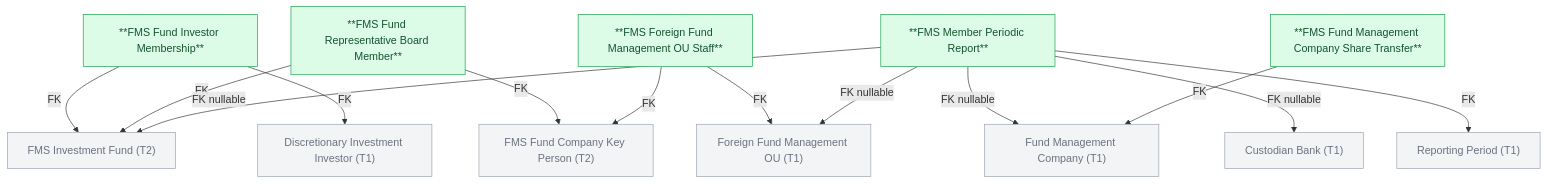
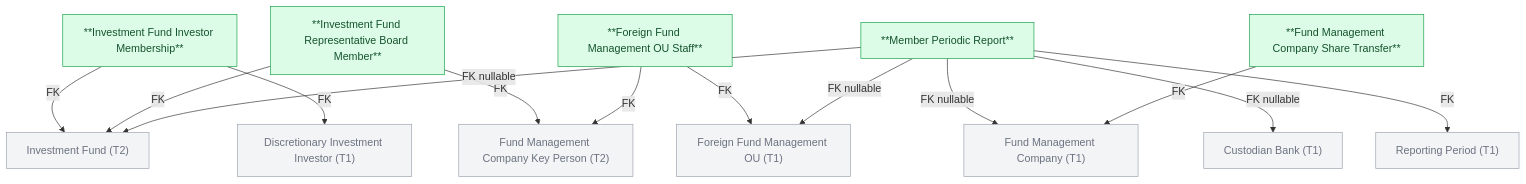
One commit to linhlvit/ubck_atomic_design changed diagram 12 of 12 in Silver/hld/FMS_HLD_Tier3.md. Above: the diagram before and after it, drawn with Mermaid. The commit also changed other lines of this file and 32 other files, not shown here.

````diff
--- a/Silver/hld/FMS_HLD_Tier3.md
+++ b/Silver/hld/FMS_HLD_Tier3.md
@@ -338,33 +338,33 @@
 ```mermaid
 graph TD
     classDef silver fill:#dcfce7,stroke:#16a34a,color:#14532d
     classDef refnode fill:#f3f4f6,stroke:#9ca3af,color:#6b7280
 
     FMC["Fund Management Company (T1)"]:::refnode
     FGOU["Foreign Fund Management OU (T1)"]:::refnode
     BNK["Custodian Bank (T1)"]:::refnode
     DII["Discretionary Investment Investor (T1)"]:::refnode
     RPD["Reporting Period (T1)"]:::refnode
 
-    FUND["FMS Investment Fund (T2)"]:::refnode
-    KP["FMS Fund Company Key Person (T2)"]:::refnode
+    FUND["Investment Fund (T2)"]:::refnode
+    KP["Fund Management Company Key Person (T2)"]:::refnode
 
-    MBF["**FMS Fund Investor Membership**"]:::silver
-    REP["**FMS Fund Representative Board Member**"]:::silver
-    STF["**FMS Foreign Fund Management OU Staff**"]:::silver
-    RPT["**FMS Member Periodic Report**"]:::silver
-    TRF["**FMS Fund Management Company Share Transfer**"]:::silver
+    MBF["**Investment Fund Investor Membership**"]:::silver
+    REP["**Investment Fund Representative Board Member**"]:::silver
+    STF["**Foreign Fund Management OU Staff**"]:::silver
+    RPT["**Member Periodic Report**"]:::silver
+    TRF["**Fund Management Company Share Transfer**"]:::silver
 
     MBF -->|FK| FUND
     MBF -->|FK| DII
     REP -->|FK| FUND
     REP -->|FK| KP
     STF -->|FK| FGOU
     STF -->|FK| KP
     RPT -->|FK nullable| FMC
     RPT -->|FK nullable| FUND
     RPT -->|FK nullable| BNK
     RPT -->|FK nullable| FGOU
     RPT -->|FK| RPD
     TRF -->|FK| FMC
 ```
````
